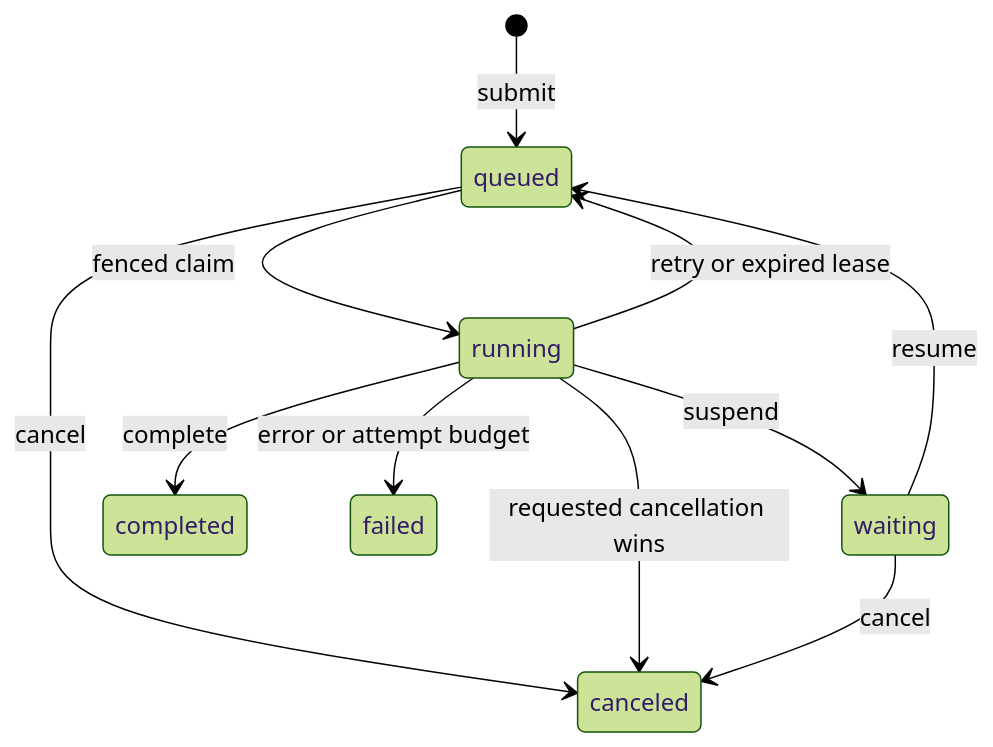
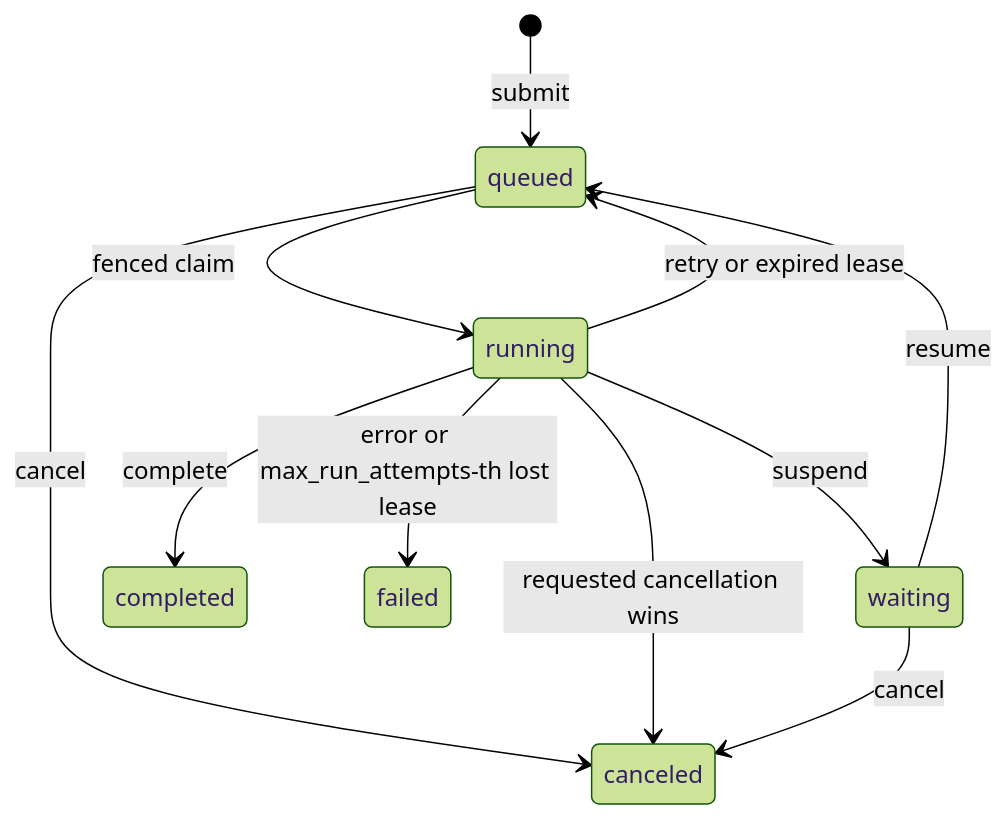
Before and after one commit to deepset-ai/hayhooks: the second of 2 diagrams in docs/features/durable-execution.md, drawn with Mermaid (forest theme). The commit also changed other lines of this file and 51 other files, not shown here.

````diff
--- a/docs/features/durable-execution.md
+++ b/docs/features/durable-execution.md
@@ -246,13 +307,13 @@
 ```mermaid
 stateDiagram-v2
     [*] --> queued: submit
     queued --> running: fenced claim
     queued --> canceled: cancel
     running --> queued: retry or expired lease
     running --> waiting: suspend
     running --> completed: complete
-    running --> failed: error or attempt budget
+    running --> failed: error or max_run_attempts-th lost lease
     running --> canceled: requested cancellation wins
     waiting --> queued: resume
     waiting --> canceled: cancel
 ```
````
